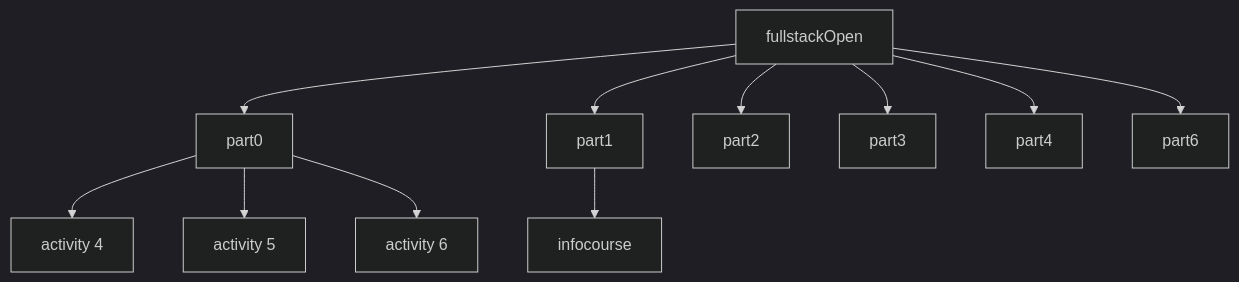
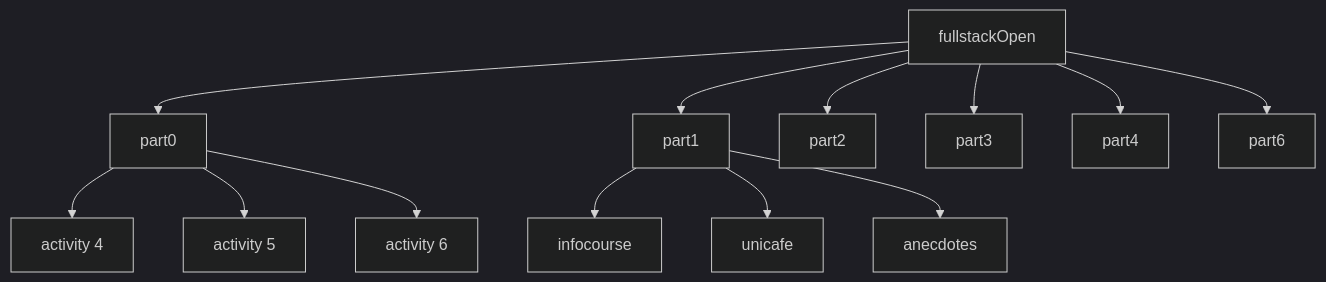
The diagram in README.md (Aushzlten12/fullstackOpen), drawn with Mermaid (dark theme) before and after one commit.

Commit message:
Part 1 finished

````diff
--- a/README.md
+++ b/README.md
@@ -3,14 +3,16 @@
 ```mermaid
 graph TD
   A[fullstackOpen]
   A --> B[part0]
   A --> C[part1]
   A --> D[part2]
   A --> E[part3]
   A --> F[part4]
   A --> G[part6]
   B --> H[activity 4]
   B --> I[activity 5]
   B --> J[activity 6]
   C --> K[infocourse]
+  C --> L[unicafe]
+  C --> M[anecdotes]
 ```
````
